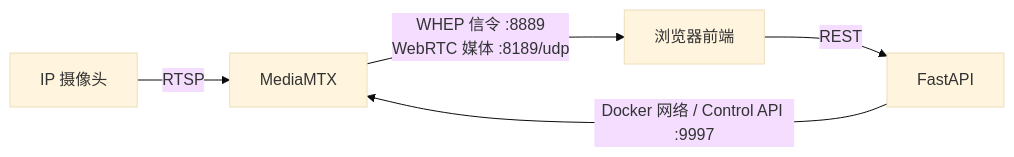
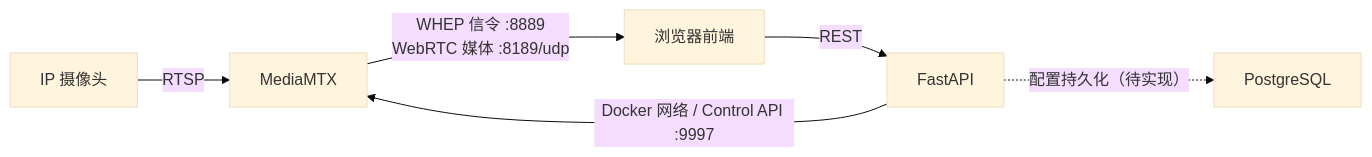
The diagram in README.md (fuweihang/sop-vision), drawn with Mermaid (base theme) before and after one commit. The commit also changed other lines of this file, not shown here.

````diff
--- a/README.md
+++ b/README.md
@@ -18,7 +18,8 @@
 ```mermaid
 flowchart LR
     CAM["IP 摄像头"] -->|"RTSP"| MTX["MediaMTX"]
     MTX -->|"WHEP 信令 :8889<br/>WebRTC 媒体 :8189/udp"| WEB
     API -->|"Docker 网络 / Control API :9997"| MTX
+    API -.->|"配置持久化（待实现）"| DB["PostgreSQL"]
     WEB["浏览器前端"] -->|"REST"| API["FastAPI"]
 ```
````
